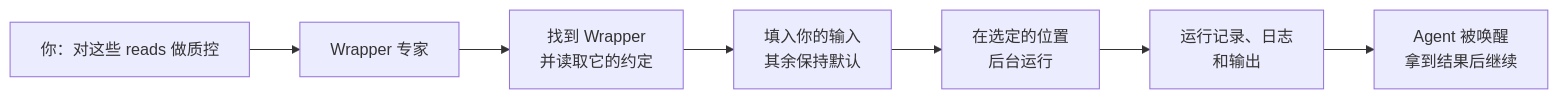
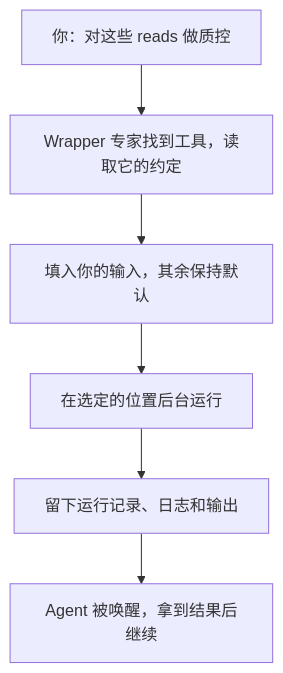
The diagram in README.zh-CN.md (dxsbiocc/phi), drawn with Mermaid before and after one commit. The commit also changed 1 other file, not shown here.

Commit message:
docs: Stack the Wrapper diagram vertically so its text stays legible

````diff
--- a/README.zh-CN.md
+++ b/README.zh-CN.md
@@ -36,9 +36,8 @@
 ```mermaid
-flowchart LR
-    A["你：对这些 reads 做质控"] --> B["Wrapper 专家"]
-    B --> C["找到 Wrapper<br/>并读取它的约定"]
-    C --> D["填入你的输入<br/>其余保持默认"]
-    D --> E["在选定的位置<br/>后台运行"]
-    E --> F["运行记录、日志<br/>和输出"]
-    F --> G["Agent 被唤醒<br/>拿到结果后继续"]
+flowchart TD
+    A["你：对这些 reads 做质控"] --> B["Wrapper 专家找到工具，读取它的约定"]
+    B --> C["填入你的输入，其余保持默认"]
+    C --> D["在选定的位置后台运行"]
+    D --> E["留下运行记录、日志和输出"]
+    E --> F["Agent 被唤醒，拿到结果后继续"]
 ```
````
